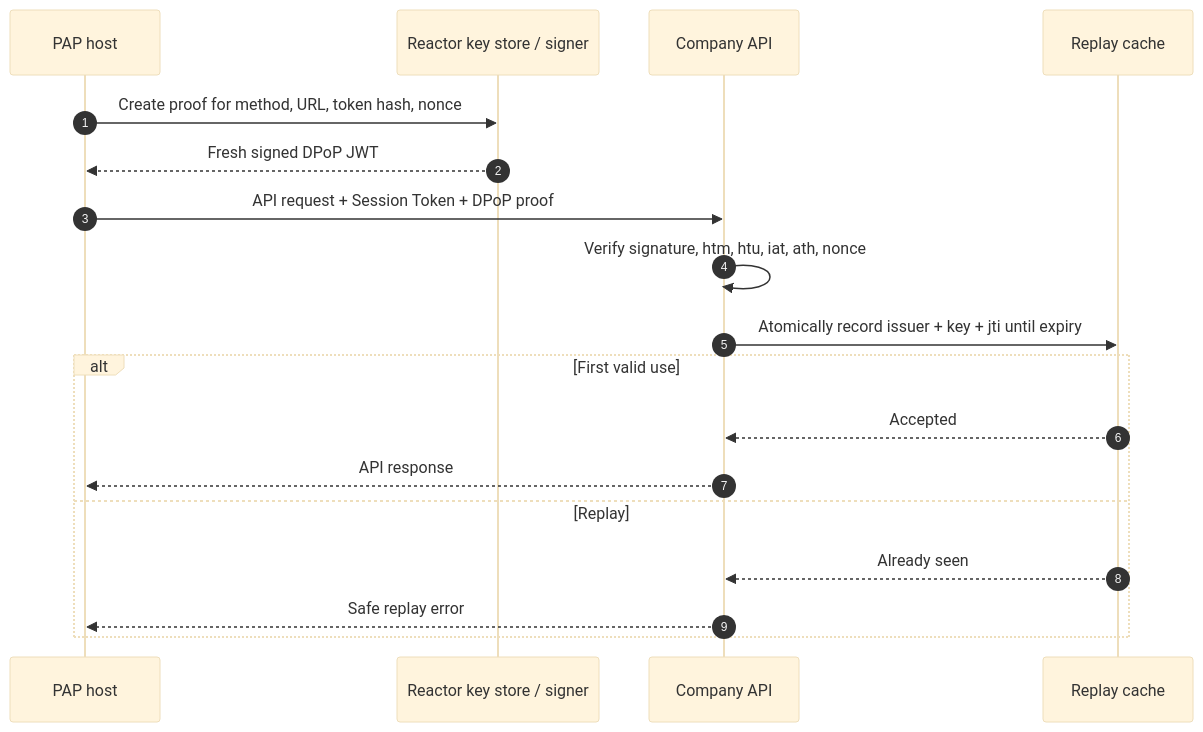
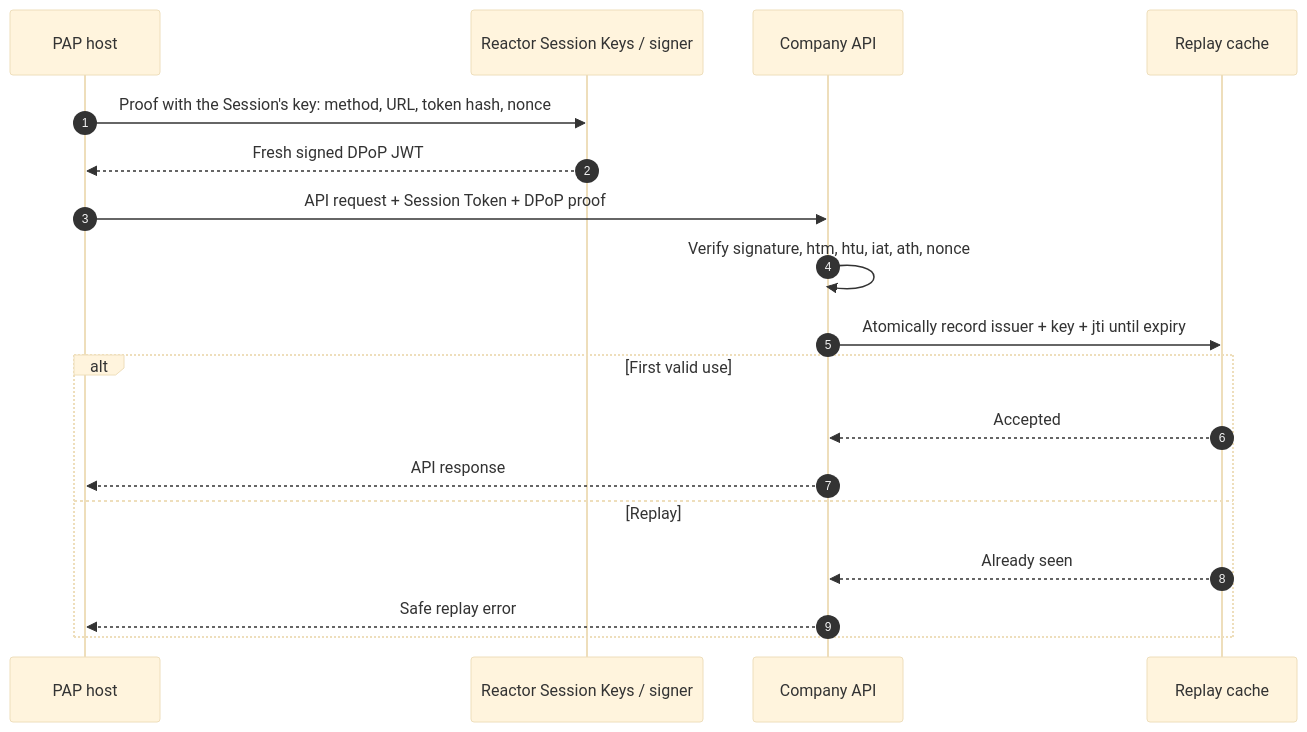
The diagram in docs/docs/examples/dpop-proof.mdx (datalayer/personal-agent-protocol), drawn with Mermaid (base theme) before and after one commit. The commit also changed other lines of this file and 95 other files, not shown here.

````diff
--- a/docs/docs/examples/dpop-proof.mdx
+++ b/docs/docs/examples/dpop-proof.mdx
@@ -19,20 +20,20 @@
 ```mermaid
 sequenceDiagram
   autonumber
   participant H as PAP host
-  participant K as Reactor key store / signer
+  participant K as Reactor Session Keys / signer
   participant C as Company API
   participant X as Replay cache
-  H->>K: Create proof for method, URL, token hash, nonce
+  H->>K: Proof with the Session's key: method, URL, token hash, nonce
   K-->>H: Fresh signed DPoP JWT
   H->>C: API request + Session Token + DPoP proof
   C->>C: Verify signature, htm, htu, iat, ath, nonce
   C->>X: Atomically record issuer + key + jti until expiry
   alt First valid use
     X-->>C: Accepted
     C-->>H: API response
   else Replay
     X-->>C: Already seen
     C-->>H: Safe replay error
   end
 ```
````
